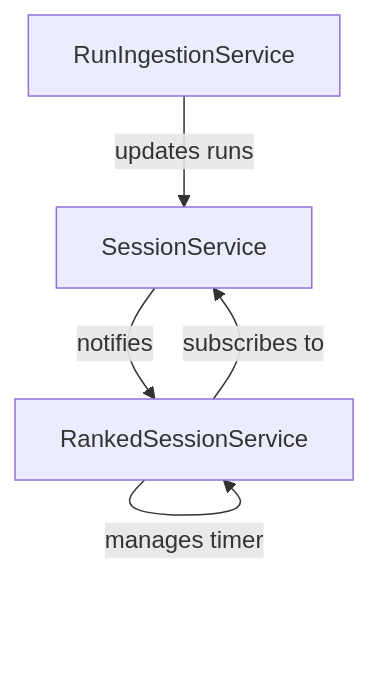
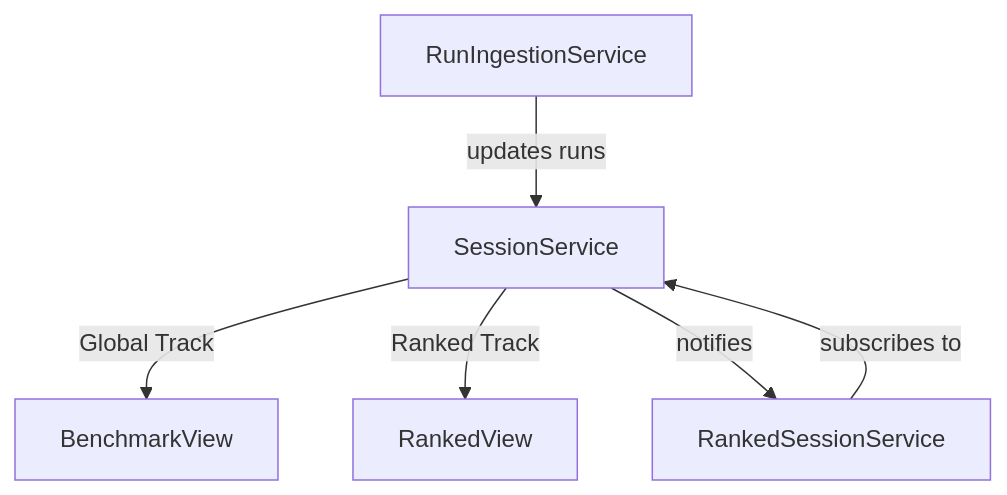
One commit to H1410101/raw_output changed the diagram in src/services/_docs.md. Above: the diagram before and after it, drawn with Mermaid. The commit also changed other lines of this file and 10 other files, not shown here.

Commit message:
feat: decouple benchmark and ranked scores, fix rank label collisions

````diff
--- a/src/services/_docs.md
+++ b/src/services/_docs.md
@@ -22,7 +22,8 @@
 ```mermaid
 graph TD
     RunIngestionService -->|updates runs| SessionService
+    SessionService -->|Global Track| BenchmarkView
+    SessionService -->|Ranked Track| RankedView
     RankedSessionService -->|subscribes to| SessionService
     SessionService -->|notifies| RankedSessionService
-    RankedSessionService -->|manages timer| RankedSessionService
 ```
````
